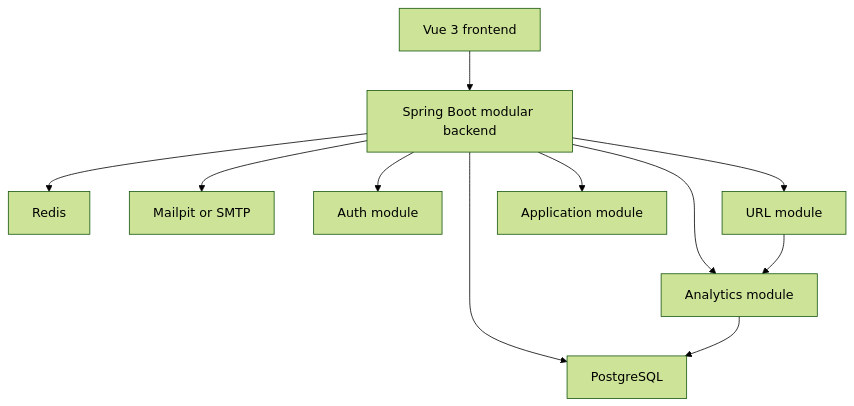
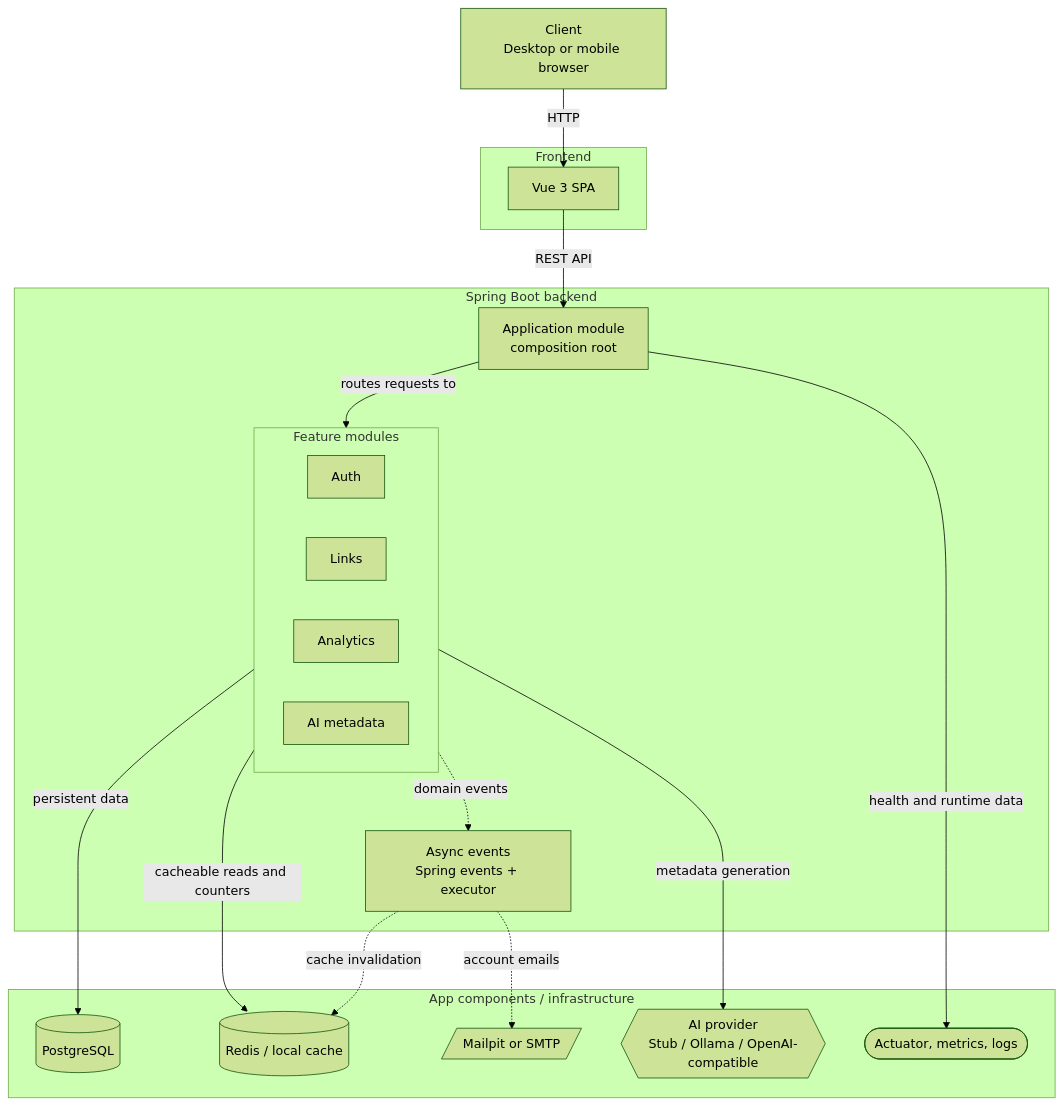
One commit to leoyakubov/weblink-pilot changed the diagram in README.md. Above: the diagram before and after it, drawn with Mermaid (forest theme). The commit also changed other lines of this file, not shown here.

Commit message:
Clarify README architecture diagram

````diff
--- a/README.md
+++ b/README.md
@@ -56,15 +56,44 @@
 ```mermaid
 flowchart TB
-    UI["Vue 3 frontend"] --> API["Spring Boot modular backend"]
-    API --> DB["PostgreSQL"]
-    API --> CACHE["Redis"]
-    API --> MAIL["Mailpit or SMTP"]
+    CLIENT["Client\nDesktop or mobile browser"]
 
-    API --> AUTH["Auth module"]
-    API --> LINKS["URL module"]
-    API --> ANALYTICS["Analytics module"]
-    API --> APP["Application module"]
+    subgraph FRONTEND["Frontend"]
+        UI["Vue 3 SPA"]
+    end
 
-    LINKS --> ANALYTICS
-    ANALYTICS --> DB
+    subgraph BACKEND["Spring Boot backend"]
+        APP["Application module\ncomposition root"]
+
+        subgraph MODULES["Feature modules"]
+            direction LR
+            AUTH["Auth"]
+            LINKS["Links"]
+            ANALYTICS["Analytics"]
+            AI["AI metadata"]
+        end
+
+        EVENTS["Async events\nSpring events + executor"]
+    end
+
+    subgraph COMPONENTS["App components / infrastructure"]
+        DB[("PostgreSQL")]
+        CACHE[("Redis / local cache")]
+        MAIL[/"Mailpit or SMTP"/]
+        AI_PROVIDER{{"AI provider\nStub / Ollama / OpenAI-compatible"}}
+        OBS(["Actuator, metrics, logs"])
+    end
+
+    CLIENT -->|"HTTP"| UI
+    UI -->|"REST API"| APP
+
+    APP -->|"routes requests to"| MODULES
+
+    MODULES -->|"persistent data"| DB
+    MODULES -->|"cacheable reads and counters"| CACHE
+    APP -->|"health and runtime data"| OBS
+
+    MODULES -.->|"domain events"| EVENTS
+    EVENTS -.->|"account emails"| MAIL
+    EVENTS -.->|"cache invalidation"| CACHE
+    AI -->|"metadata generation"| AI_PROVIDER
 ```
````
